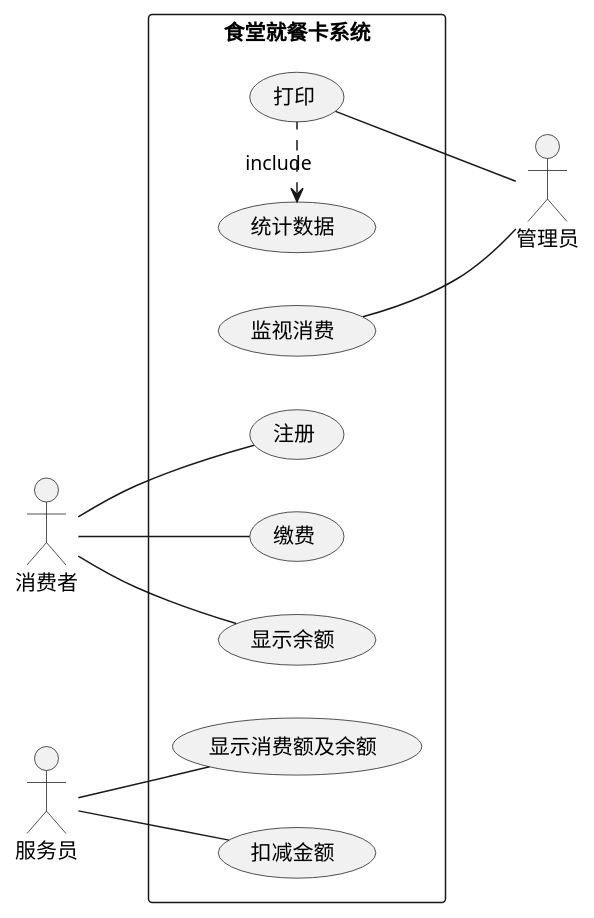
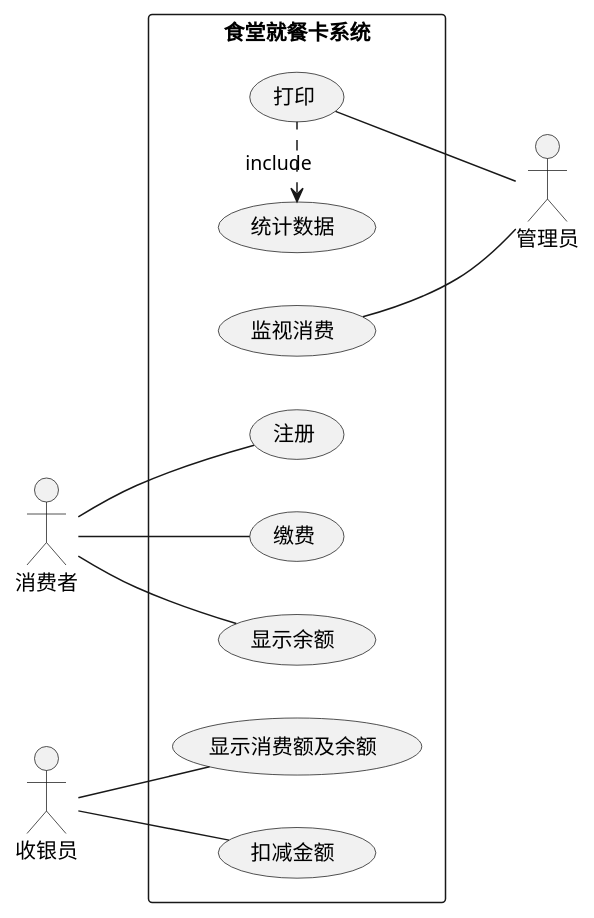
Before and after one commit to guxiaogang/arch-training-camp: the diagram in home_work/week1/canteen_sys_cases.puml, drawn with PlantUML. The commit also changed 2 other files, not shown here.

```diff
--- a/home_work/week1/canteen_sys_cases.puml
+++ b/home_work/week1/canteen_sys_cases.puml
@@ -1,22 +1,22 @@
 @startuml
 left to right direction
 skinparam packageStyle rectangle
 actor 消费者 as consumer
-actor 服务员 as waiter
+actor 收银员 as waiter
 actor 管理员 as admin
 
 rectangle 食堂就餐卡系统{
 
     (统计数据) <. (打印) : include
     (监视消费) --admin
     (打印)--admin
 
      waiter -- (显示消费额及余额)
      waiter -- (扣减金额)
 
      consumer --(注册)
      consumer --(缴费)
      consumer --(显示余额)
 
 }
 @enduml
```
